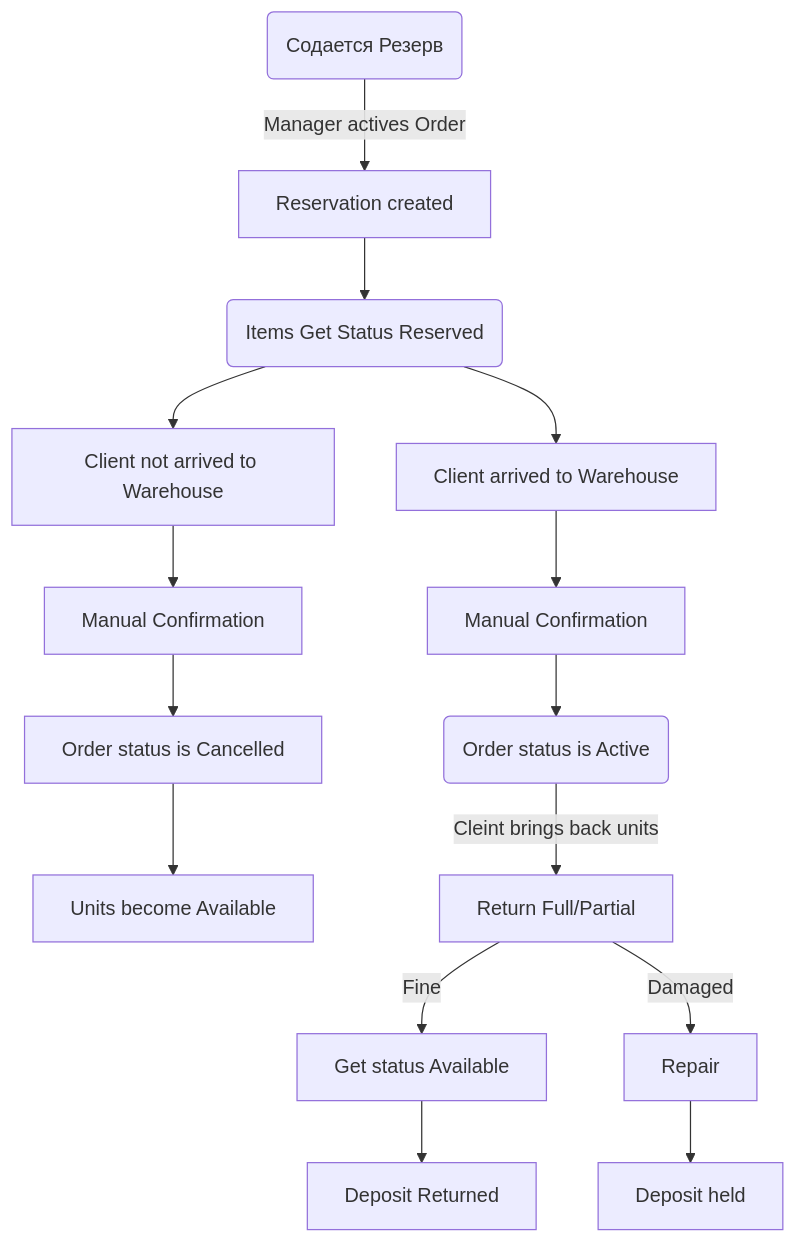
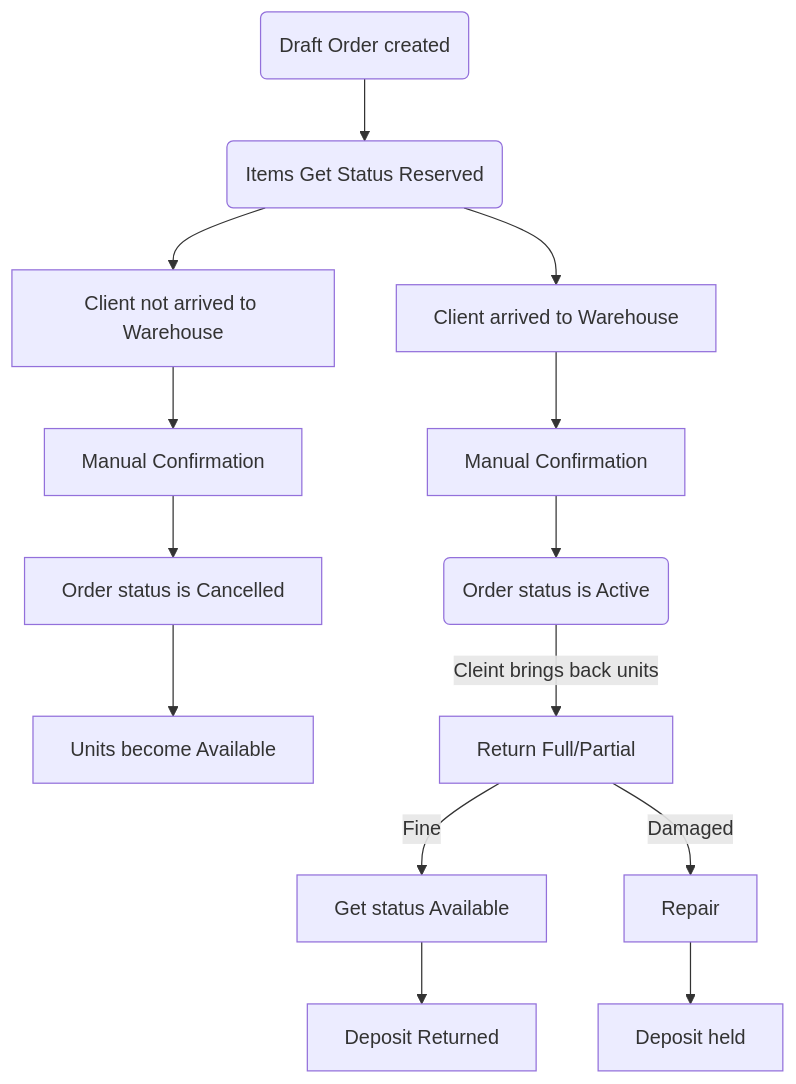
One commit to Diamko94/rentals1 changed the diagram in Flowchart.md. Above: the diagram before and after it, drawn with Mermaid.

````diff
--- a/Flowchart.md
+++ b/Flowchart.md
@@ -1,25 +1,24 @@
 ```mermaid
 flowchart TD
 
     %% Бронироваие
-    A(Содается Резерв) -->|Manager actives Order| B[Reservation created]
-    B --> C(Items Get Status Reserved)
+    A(Draft Order created) --> B(Items Get Status Reserved)
 
     %% Выдача
-    C --> G[Client arrived to Warehouse]
+    B --> G[Client arrived to Warehouse]
     G --> I[Manual Confirmation]
-    C --> D[Client not arrived to Warehouse]
+    B --> D[Client not arrived to Warehouse]
     D --> E[Manual Confirmation]
     E --> F[Order status is Cancelled]
     F --> Z[Units become Available]
     I --> J(Order status is Active)
 
     %% Возврат
     J -->|Cleint brings back units| K[Return Full/Partial]
     K -->|Fine| M[Get status Available]
     K -->|Damaged| N[Repair]
 
     %% Расчет
     M --> O[Deposit Returned]
     N --> P[Deposit held]
 ```
````
